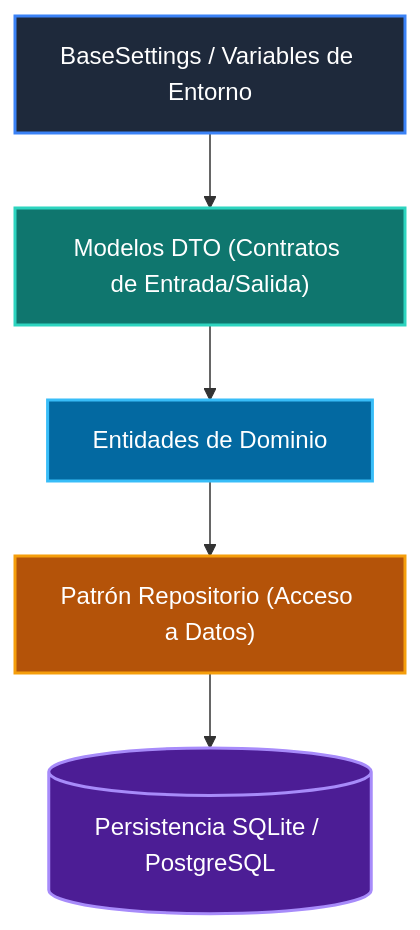
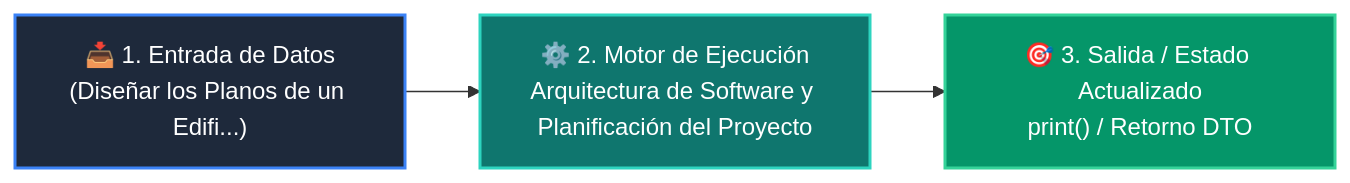
Before and after one commit to wisrovi/wisrovi-python: the diagram in 04-proyecto-final/clase-01-arquitectura-y-planificacion/README.md, drawn with Mermaid. The commit also changed other lines of this file and 54 other files, not shown here.

Commit message:
refactor: clean repository root by moving maintenance scripts to scripts/ and restore rich high-contrast Mermaid diagrams for all classes and examples

````diff
--- a/04-proyecto-final/clase-01-arquitectura-y-planificacion/README.md
+++ b/04-proyecto-final/clase-01-arquitectura-y-planificacion/README.md
@@ -12,13 +12,9 @@
 ```mermaid
-flowchart TD
-    CONF["BaseSettings / Variables de Entorno"] --> DTO["Modelos DTO (Contratos de Entrada/Salida)"]
-    DTO --> DOM["Entidades de Dominio"]
-    DOM --> REPO["Patrón Repositorio (Acceso a Datos)"]
-    REPO --> DB[("Persistencia SQLite / PostgreSQL")]
+flowchart LR
+    A["📥 1. Entrada de Datos<br/>(Diseñar los Planos de un Edifi...)"] --> B["⚙️ 2. Motor de Ejecución<br/>Arquitectura de Software y Planificación del Proyecto"]
+    B --> C["🎯 3. Salida / Estado Actualizado<br/>print() / Retorno DTO"]
 
-    style CONF fill:#1e293b,color:#fff,stroke:#3b82f6,stroke-width:2px
-    style DTO fill:#0f766e,color:#fff,stroke:#2dd4bf,stroke-width:2px
-    style DOM fill:#0369a1,color:#fff,stroke:#38bdf8,stroke-width:2px
-    style REPO fill:#b45309,color:#fff,stroke:#f59e0b,stroke-width:2px
-    style DB fill:#4c1d95,color:#fff,stroke:#a78bfa,stroke-width:2px
+    style A fill:#1e293b,color:#ffffff,stroke:#3b82f6,stroke-width:2px
+    style B fill:#0f766e,color:#ffffff,stroke:#2dd4bf,stroke-width:2px
+    style C fill:#059669,color:#ffffff,stroke:#34d399,stroke-width:2px
 ```
````
